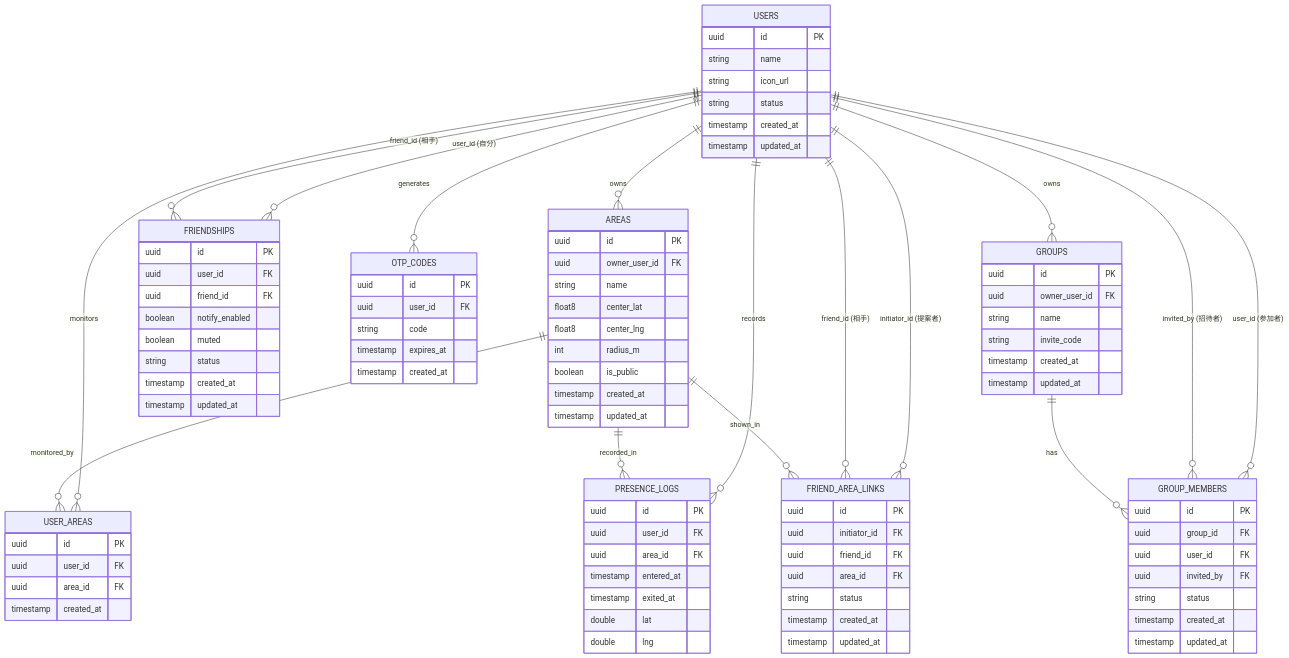
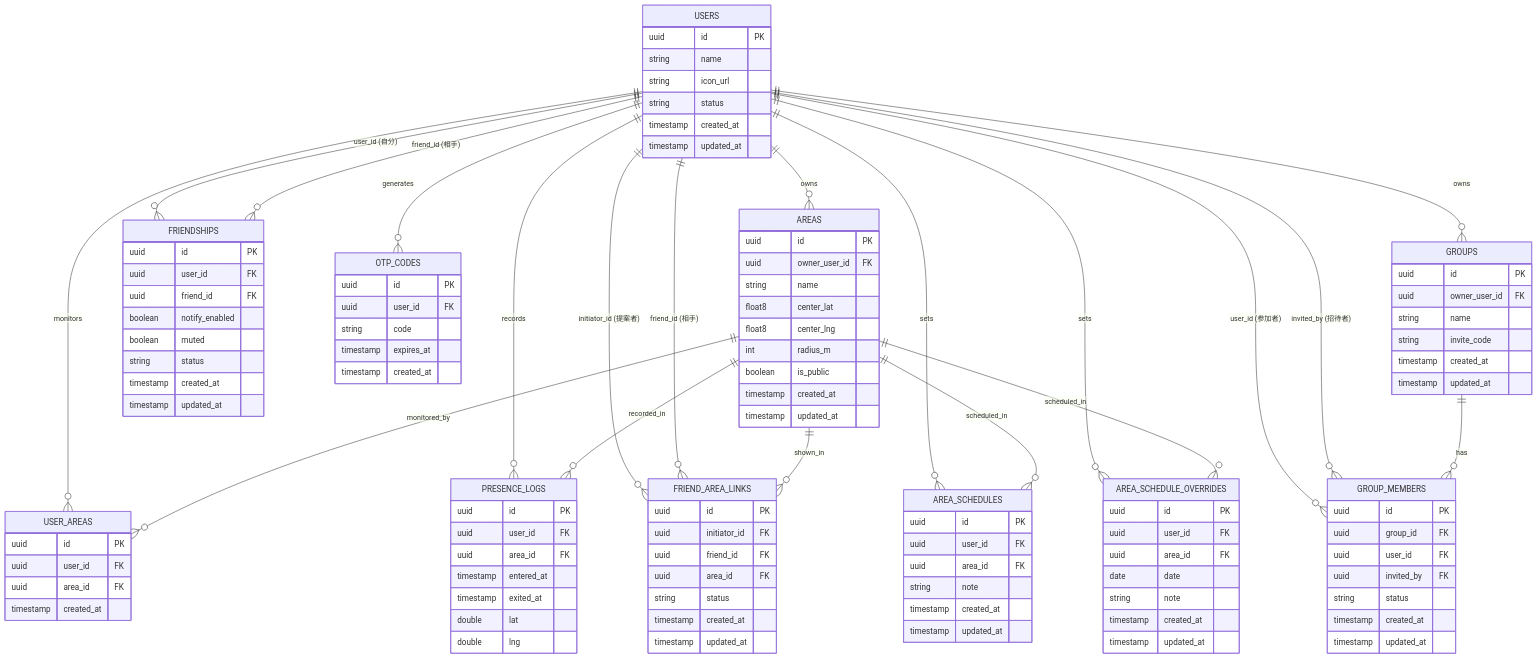
Before and after one commit to ochi06/oruca: the diagram in docs/schema.md, drawn with Mermaid. The commit also changed other lines of this file, not shown here.

Commit message:
docs: US-011エリア滞在予定共有のDB設計をAREA_SCHEDULES・AREA_SCHEDULE_OVERRIDESに確定
基本滞在予定・当日上書き予定はユーザー×エリア（×日付）ごとに1件、時刻や曜日を
構造化せず自由記述のnoteで管理する方針を開発者と確認（詳細な構造化は今後の
検討課題）。友達への公開条件は名前表示と同じくFRIEND_AREA_LINKS.status='approved'。

```diff
--- a/docs/schema.md
+++ b/docs/schema.md
@@ -21,6 +21,10 @@
   USERS ||--o{ GROUP_MEMBERS : "user_id (参加者)"
   USERS ||--o{ GROUP_MEMBERS : "invited_by (招待者)"
   GROUPS ||--o{ GROUP_MEMBERS : has
+  USERS ||--o{ AREA_SCHEDULES : sets
+  AREAS ||--o{ AREA_SCHEDULES : scheduled_in
+  USERS ||--o{ AREA_SCHEDULE_OVERRIDES : sets
+  AREAS ||--o{ AREA_SCHEDULE_OVERRIDES : scheduled_in
 
   USERS {
     uuid id PK
@@ -90,6 +94,23 @@
     timestamp created_at
     timestamp updated_at
   }
+  AREA_SCHEDULES {
+    uuid id PK
+    uuid user_id FK
+    uuid area_id FK
+    string note
+    timestamp created_at
+    timestamp updated_at
+  }
+  AREA_SCHEDULE_OVERRIDES {
+    uuid id PK
+    uuid user_id FK
+    uuid area_id FK
+    date date
+    string note
+    timestamp created_at
+    timestamp updated_at
+  }
   PRESENCE_LOGS {
     uuid id PK
     uuid user_id FK
```
